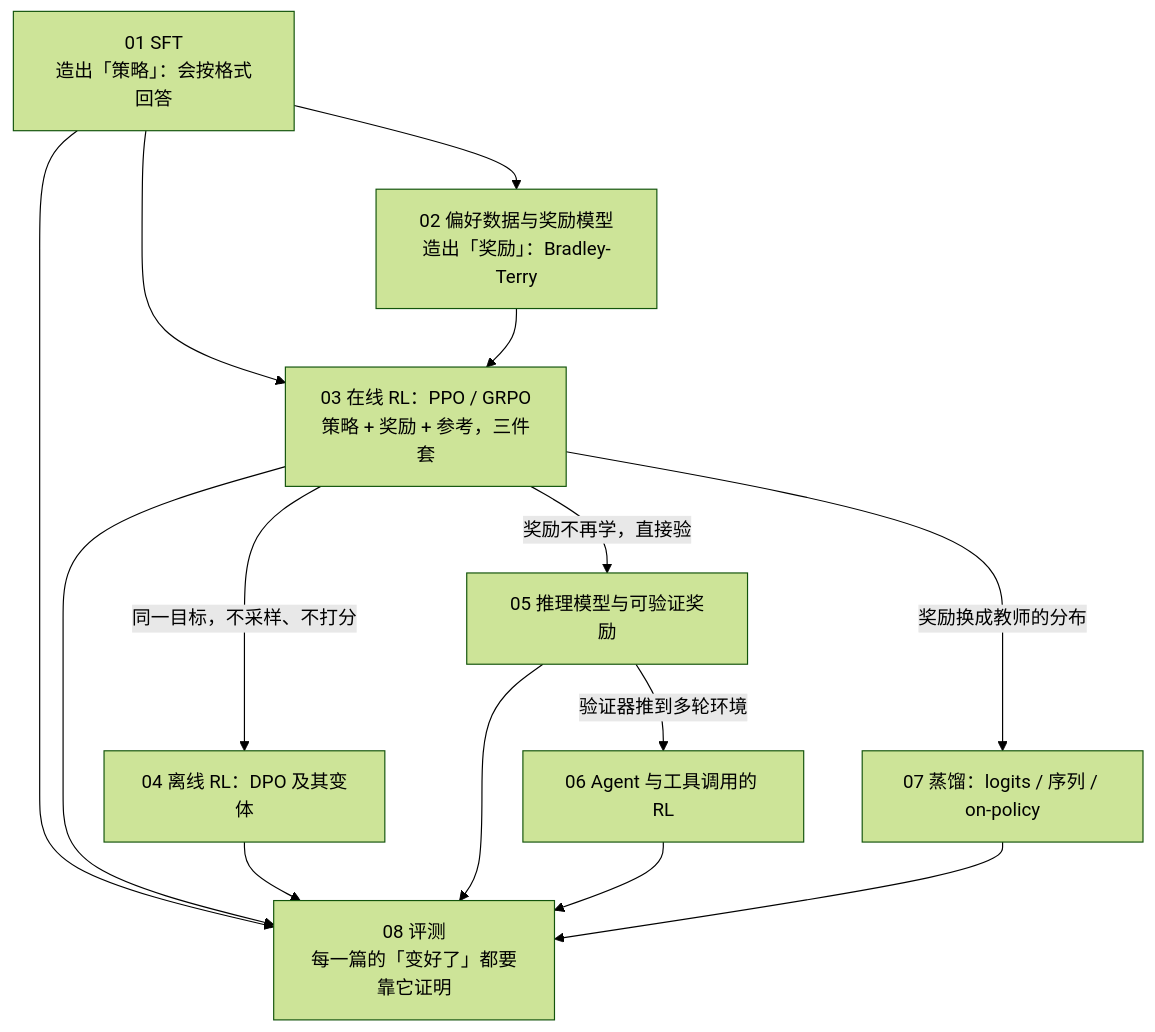
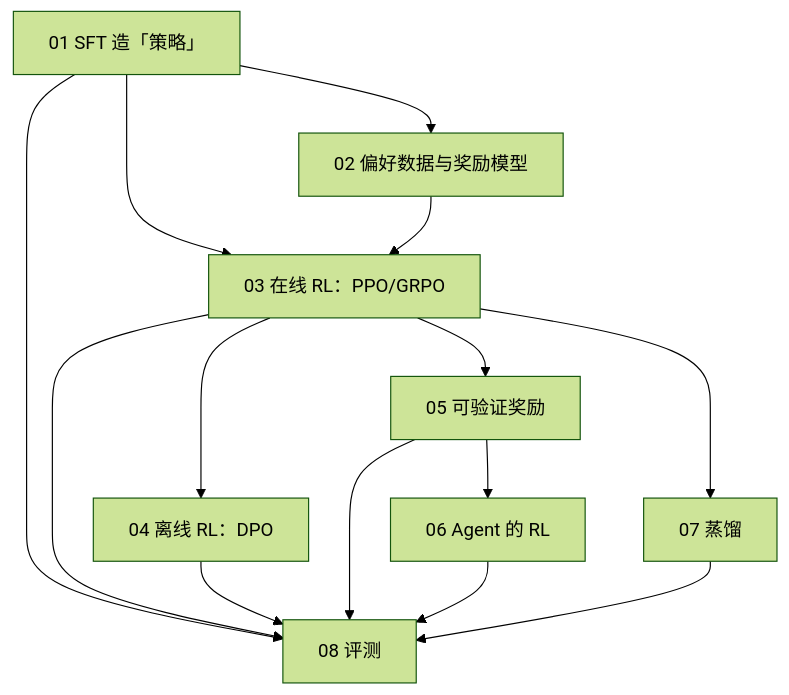
The first of 7 diagrams in slides/2026-04-23-post-training.md (arganzheng/arganzheng.github.com), drawn with Mermaid (forest theme) before and after one commit. The commit also changed other lines of this file, not shown here.

Commit message:
slides/post-training: cut/shorten mermaid diagrams below 14px rendered text (check-render smalltext/overlap)

````diff
--- a/slides/2026-04-23-post-training.md
+++ b/slides/2026-04-23-post-training.md
@@ -28,11 +28,11 @@
 ```mermaid
 %%{init: {"flowchart": {"wrappingWidth": 180}}}%%
 flowchart TB
-    S1["01 SFT<br/>造出「策略」：会按格式回答"] --> R2["02 偏好数据与奖励模型<br/>造出「奖励」：Bradley-Terry"]
-    S1 & R2 --> O3["03 在线 RL：PPO / GRPO<br/>策略 + 奖励 + 参考，三件套"]
-    O3 -- "同一目标，不采样、不打分" --> D4["04 离线 RL：DPO 及其变体"]
-    O3 -- "奖励不再学，直接验" --> V5["05 推理模型与可验证奖励"]
-    V5 -- "验证器推到多轮环境" --> A6["06 Agent 与工具调用的 RL"]
-    O3 -- "奖励换成教师的分布" --> K7["07 蒸馏：logits / 序列 / on-policy"]
-    S1 & O3 & D4 & V5 & A6 & K7 --> E8["08 评测<br/>每一篇的「变好了」都要靠它证明"]
+    S1["01 SFT 造「策略」"] --> R2["02 偏好数据与奖励模型"]
+    S1 & R2 --> O3["03 在线 RL：PPO/GRPO"]
+    O3 --> D4["04 离线 RL：DPO"]
+    O3 --> V5["05 可验证奖励"]
+    V5 --> A6["06 Agent 的 RL"]
+    O3 --> K7["07 蒸馏"]
+    S1 & O3 & D4 & V5 & A6 & K7 --> E8["08 评测"]
 ```
````
